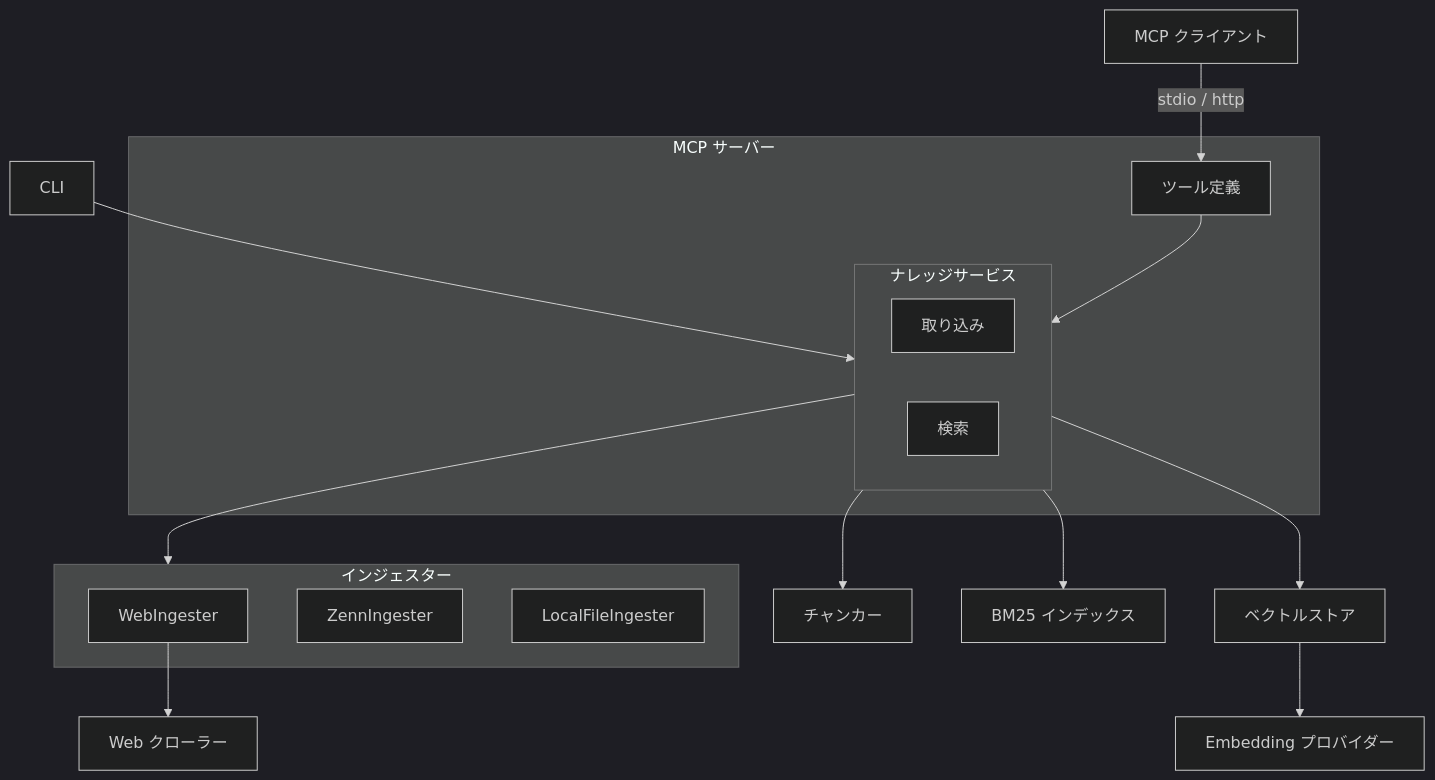
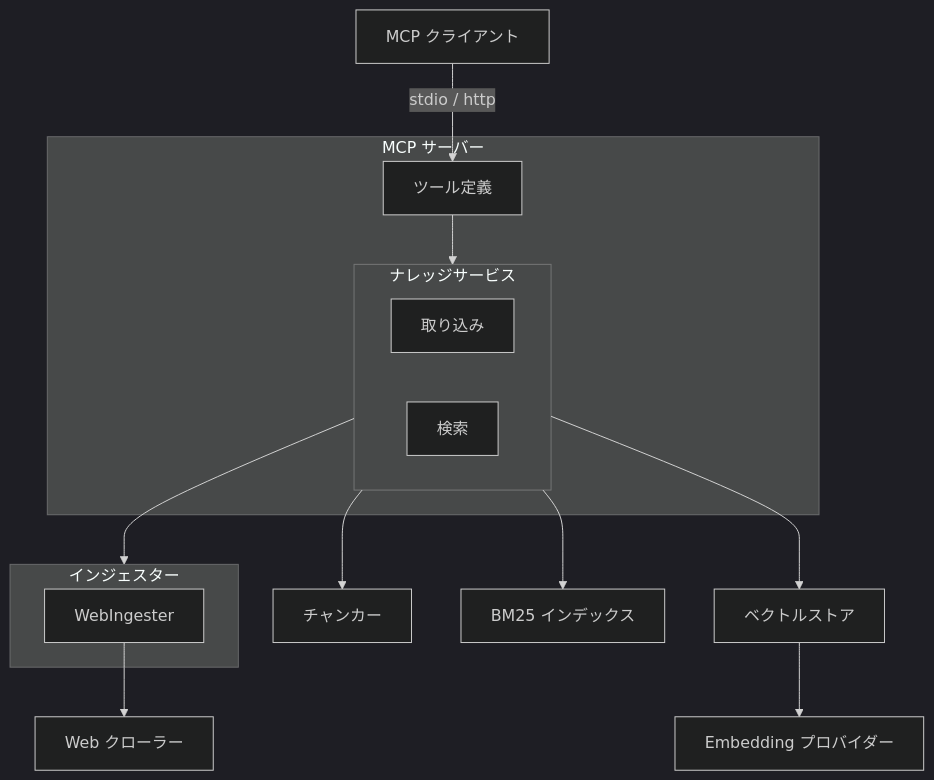
The first of 4 diagrams in docs/specs/rag-knowledge.md (becky3/rag-knowledge), drawn with Mermaid (dark theme) before and after one commit. The commit also changed other lines of this file and 13 other files, not shown here.

````diff
--- a/docs/specs/rag-knowledge.md
+++ b/docs/specs/rag-knowledge.md
@@ -171,35 +74,31 @@
 ```mermaid
 flowchart TB
     CLIENT["MCP クライアント"]
-    CLI["CLI"]
 
     subgraph MCP["MCP サーバー"]
         TOOLS["ツール定義"]
         subgraph Service["ナレッジサービス"]
             INGEST["取り込み"]
             RETRIEVE["検索"]
         end
     end
 
     subgraph Ingesters["インジェスター"]
         WING["WebIngester"]
-        ZING["ZennIngester"]
-        LING["LocalFileIngester"]
     end
 
     CRAWLER["Web クローラー"]
     CHUNKER["チャンカー"]
     VECTOR["ベクトルストア"]
     BM25["BM25 インデックス"]
     EMBED["Embedding プロバイダー"]
 
     CLIENT -->|stdio / http| TOOLS
-    CLI --> Service
     TOOLS --> Service
     Service --> Ingesters
     WING --> CRAWLER
     Service --> CHUNKER
     Service --> VECTOR
     Service --> BM25
     VECTOR --> EMBED
 ```
````
